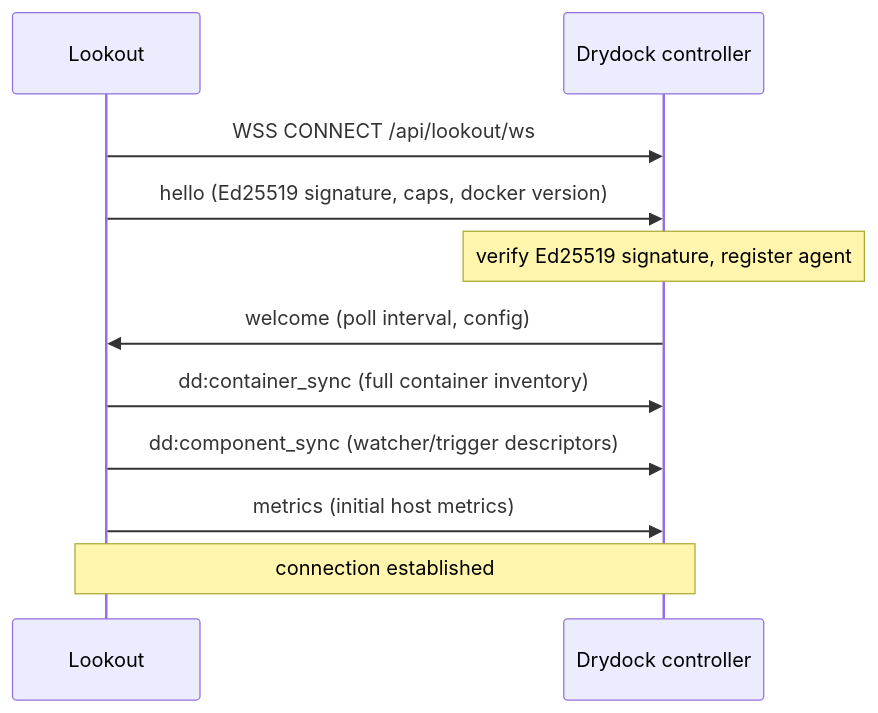
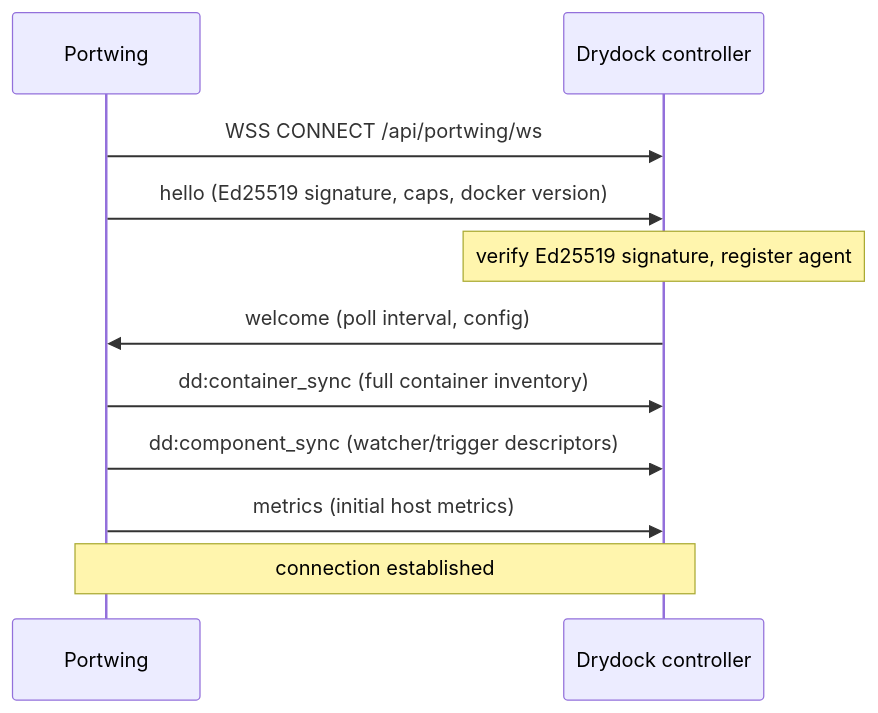
The second of 3 diagrams in SPEC.md (CodesWhat/portwing), drawn with Mermaid before and after one commit. The commit also changed other lines of this file and 125 other files, not shown here.

````diff
--- a/SPEC.md
+++ b/SPEC.md
@@ -66,13 +66,13 @@
 ```mermaid
 sequenceDiagram
-    participant L as Lookout
+    participant L as Portwing
     participant D as Drydock controller
-    L->>D: WSS CONNECT /api/lookout/ws
+    L->>D: WSS CONNECT /api/portwing/ws
     L->>D: hello (Ed25519 signature, caps, docker version)
     Note over D: verify Ed25519 signature, register agent
     D->>L: welcome (poll interval, config)
     L->>D: dd:container_sync (full container inventory)
     L->>D: dd:component_sync (watcher/trigger descriptors)
     L->>D: metrics (initial host metrics)
     Note over L,D: connection established
 ```
````
